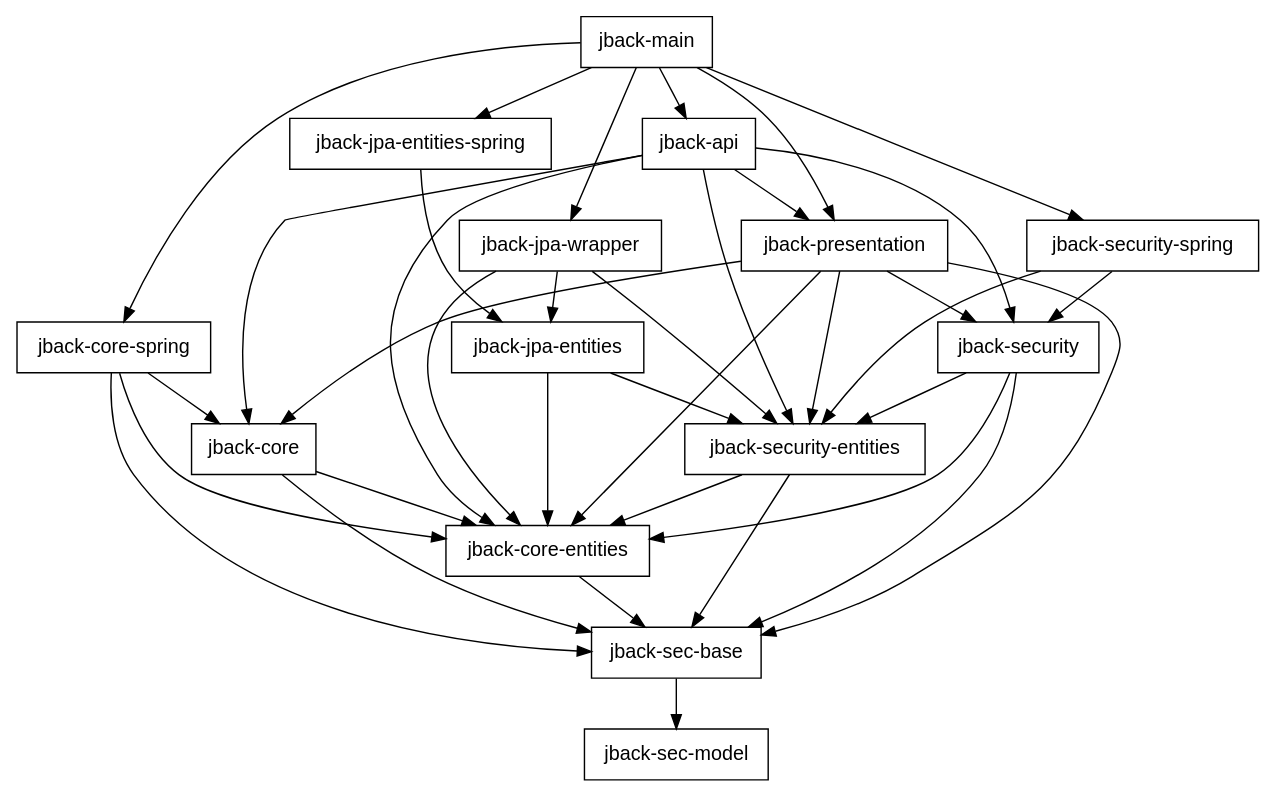
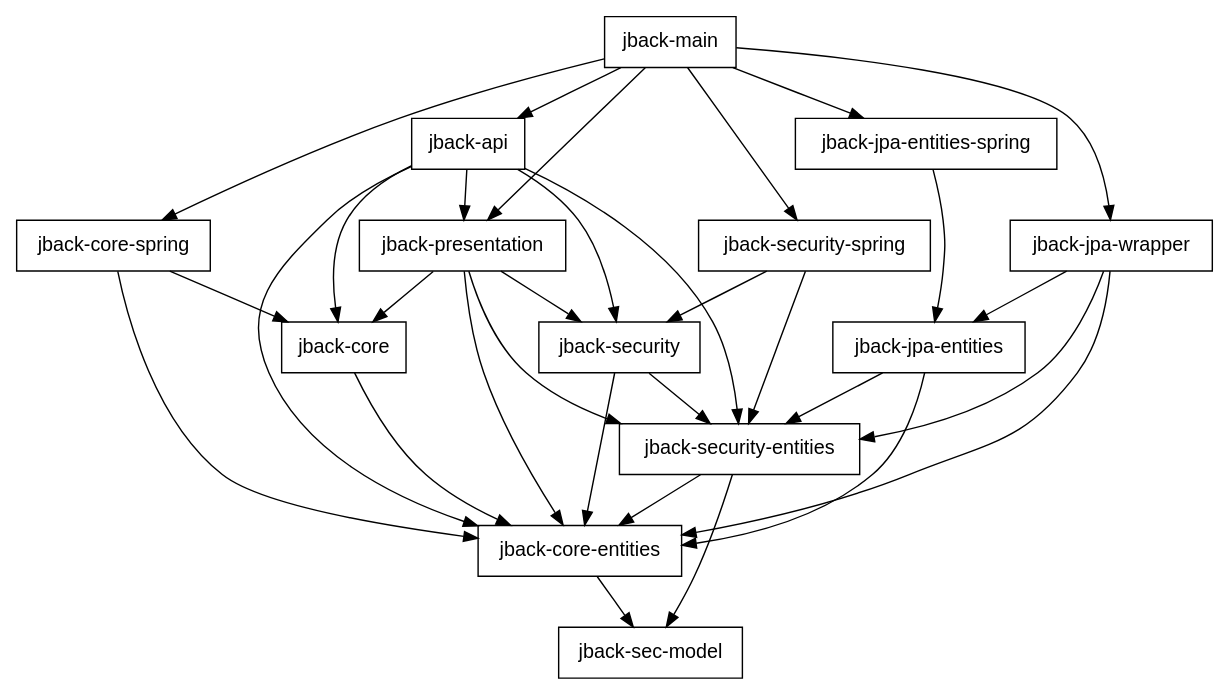
Before and after one commit to blaulaub/jback: the diagram in graphviz/module-dependencies.dot, drawn with Graphviz. The commit also changed 10 other files, not shown here.

Commit message:
drop sec-base package

```diff
--- a/graphviz/module-dependencies.dot
+++ b/graphviz/module-dependencies.dot
@@ -1,41 +1,36 @@
 digraph G {
 
   node [ shape="box", fontname="helvetica" ];
 
   "jback-main" -> "jback-api";
   "jback-main" -> "jback-core-spring";
   "jback-main" -> "jback-jpa-entities-spring";
   "jback-main" -> "jback-jpa-wrapper";
   "jback-main" -> "jback-presentation";
   "jback-main" -> "jback-security-spring";
   "jback-jpa-wrapper" -> "jback-core-entities";
   "jback-jpa-wrapper" -> "jback-jpa-entities";
   "jback-jpa-wrapper" -> "jback-security-entities";
   "jback-jpa-entities-spring" -> "jback-jpa-entities";
   "jback-jpa-entities" -> "jback-core-entities";
   "jback-jpa-entities" -> "jback-security-entities";
   "jback-api" -> "jback-core";
   "jback-api" -> "jback-core-entities";
   "jback-api" -> "jback-presentation";
   "jback-api" -> "jback-security";
   "jback-api" -> "jback-security-entities";
   "jback-presentation" -> "jback-core";
   "jback-presentation" -> "jback-core-entities";
-  "jback-presentation" -> "jback-sec-base";
   "jback-presentation" -> "jback-security";
   "jback-presentation" -> "jback-security-entities";
   "jback-security" -> "jback-core-entities";
-  "jback-security" -> "jback-sec-base";
   "jback-security" -> "jback-security-entities";
   "jback-security-entities" -> "jback-core-entities";
-  "jback-security-entities" -> "jback-sec-base";
+  "jback-security-entities" -> "jback-sec-model";
   "jback-security-spring" -> "jback-security";
   "jback-security-spring" -> "jback-security-entities";
   "jback-core" -> "jback-core-entities";
-  "jback-core" -> "jback-sec-base";
-  "jback-core-entities" -> "jback-sec-base";
+  "jback-core-entities" -> "jback-sec-model";
   "jback-core-spring" -> "jback-core";
   "jback-core-spring" -> "jback-core-entities";
-  "jback-core-spring" -> "jback-sec-base";
-  "jback-sec-base" -> "jback-sec-model";
 }
```
